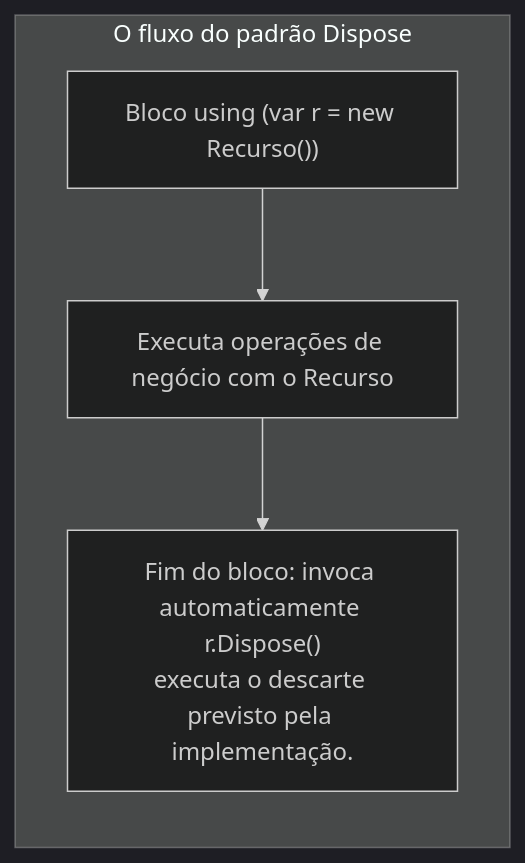
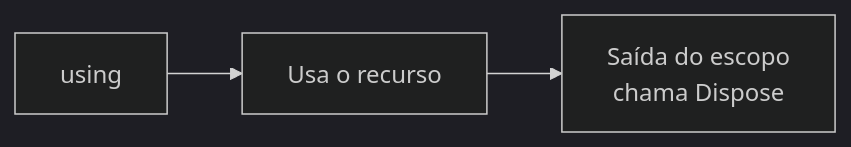
Before and after one commit to leorruas/puc: the second of 5 diagrams in 01. Programacao Modular/10. Destrutores e finalizadores (desalocação de memória e liberação de recursos).md, drawn with Mermaid (dark theme). The commit also changed other lines of this file, not shown here.

Commit message:
Normaliza Mermaid de finalização e descarte

````diff
--- a/01. Programacao Modular/10. Destrutores e finalizadores (desalocação de memória e liberação de recursos).md
+++ b/01. Programacao Modular/10. Destrutores e finalizadores (desalocação de memória e liberação de recursos).md
@@ -71,12 +70,9 @@
 ```mermaid
-flowchart TD
-    subgraph PadraoDispose ["O fluxo do padrão Dispose"]
-        direction TB
-        BlocoUsing["Bloco using (var r = new Recurso())"]
-        Uso["Executa operações de negócio com o Recurso"]
-        AutoDispose["Fim do bloco: invoca automaticamente r.Dispose()<br>executa o descarte previsto pela implementação."]
+flowchart LR
+    Using["using"]:::core
+    Uso["Usa o recurso"]:::component
+    Dispose["Saída do escopo<br>chama Dispose"]:::data
 
-        BlocoUsing --> Uso
-        Uso --> AutoDispose
-    end
+    Using --> Uso
+    Uso --> Dispose
 ```
````
